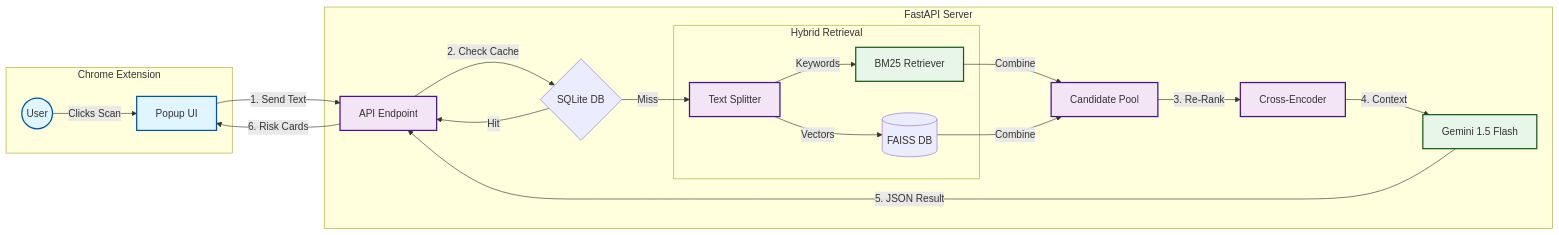
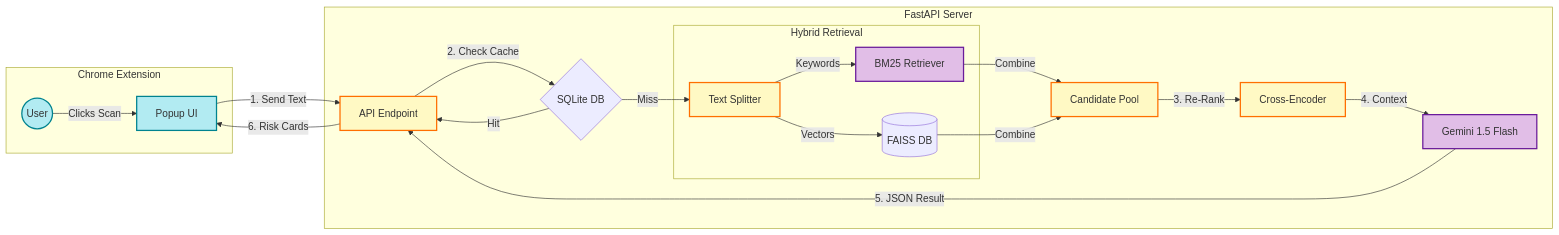
One commit to yadavankush2404/Fine-print-BodyGaurd changed the diagram in Readme.md. Above: the diagram before and after it, drawn with Mermaid.

Commit message:
Readme.md formated

````diff
--- a/Readme.md
+++ b/Readme.md
@@ -29,36 +29,36 @@
 ```mermaid
 graph LR
     %% Styles
-    classDef client fill:#e1f5fe,stroke:#01579b,stroke-width:2px;
-    classDef server fill:#f3e5f5,stroke:#4a148c,stroke-width:2px;
-    classDef ai fill:#e8f5e9,stroke:#1b5e20,stroke-width:2px;
+    classDef client fill:#b2ebf2,stroke:#00838f,stroke-width:2px;
+    classDef server fill:#fff9c4,stroke:#ff6f00,stroke-width:2px;
+    classDef ai fill:#e1bee7,stroke:#6a1b9a,stroke-width:2px;
 
     subgraph Browser [Chrome Extension]
         User((User)) -->|Clicks Scan| Ext[Popup UI]
     end
 
     subgraph Backend [FastAPI Server]
         Ext -->|1. Send Text| API[API Endpoint]
         API -->|2. Check Cache| Cache{SQLite DB}
         
         Cache -- Hit --> API
         Cache -- Miss --> Splitter[Text Splitter]
         
         subgraph Hybrid_Search [Hybrid Retrieval]
             Splitter -->|Keywords| BM25[BM25 Retriever]
             Splitter -->|Vectors| FAISS[(FAISS DB)]
         end
         
         BM25 & FAISS -->|Combine| Pool[Candidate Pool]
         Pool -->|3. Re-Rank| Cross[Cross-Encoder]
         Cross -->|4. Context| LLM[Gemini 1.5 Flash]
         LLM -->|5. JSON Result| API
     end
 
     API -->|6. Risk Cards| Ext
 
     %% Apply Styles
     class User,Ext client;
     class API,Splitter,Pool,Cross server;
     class BM25,LLM ai;
 ```
````
